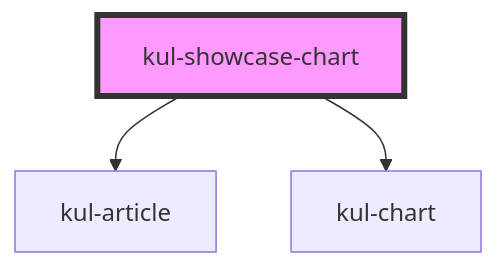
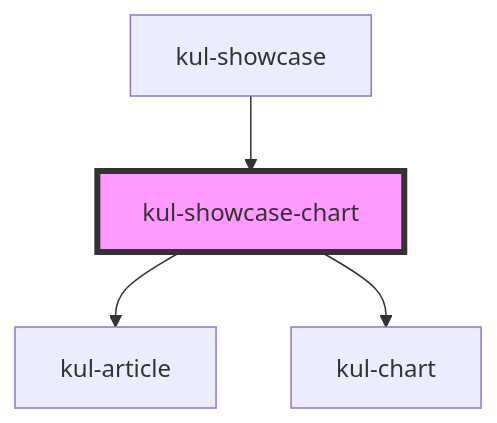
The diagram in packages/ketchup-lite/src/components/kul-showcase/components/chart/readme.md (lucafoscili/ketchup-lite), drawn with Mermaid before and after one commit. The commit also changed other lines of this file and 45 other files, not shown here.

````diff
--- a/packages/ketchup-lite/src/components/kul-showcase/components/chart/readme.md
+++ b/packages/ketchup-lite/src/components/kul-showcase/components/chart/readme.md
@@ -24,6 +28,7 @@
 ```mermaid
 graph TD;
   kul-showcase-chart --> kul-article
   kul-showcase-chart --> kul-chart
+  kul-showcase --> kul-showcase-chart
   style kul-showcase-chart fill:#f9f,stroke:#333,stroke-width:4px
 ```
````
